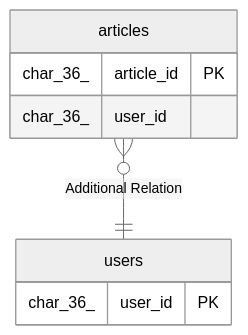
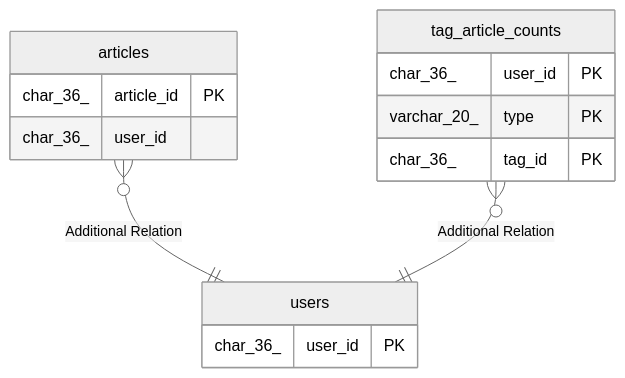
The diagram in docs/source/db/users.md (shuntaka9576/shuntaka-dev), drawn with Mermaid (neutral theme) before and after one commit. The commit also changed other lines of this file and 4 other files, not shown here.

Commit message:
docs: tag_article_counts と階層タグの DB ドキュメントを更新

````diff
--- a/docs/source/db/users.md
+++ b/docs/source/db/users.md
@@ -56,13 +56,19 @@
 ```mermaid
 erDiagram
 
 "articles" }o--|| "users" : "Additional Relation"
+"tag_article_counts" }o--|| "users" : "Additional Relation"
 
 "users" {
   char_36_ user_id PK
 }
 "articles" {
   char_36_ article_id PK
   char_36_ user_id
 }
+"tag_article_counts" {
+  char_36_ user_id PK
+  varchar_20_ type PK
+  char_36_ tag_id PK
+}
 ```
````
